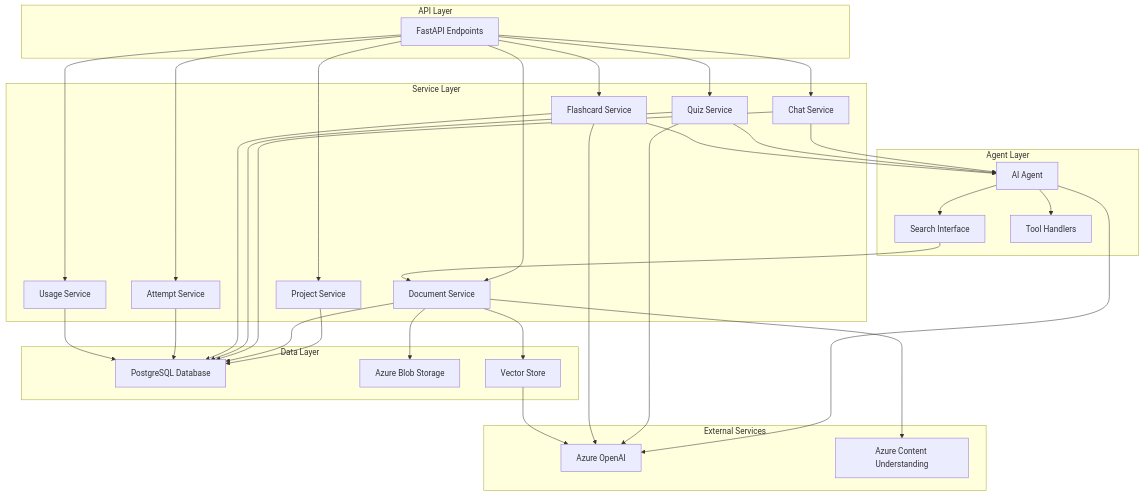
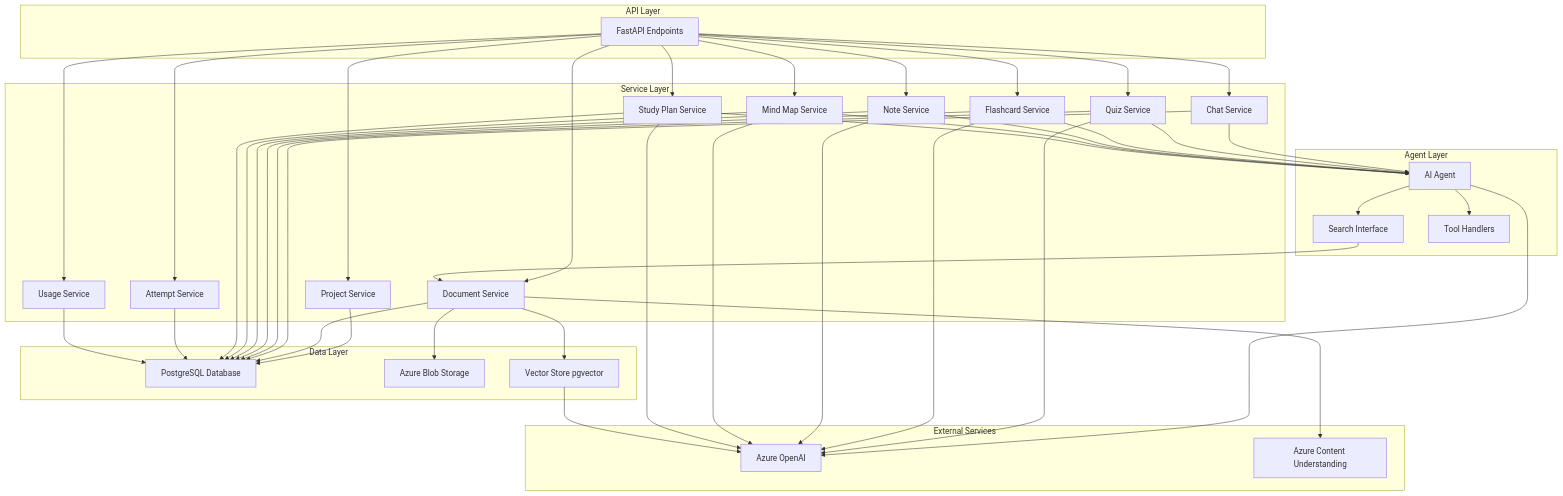
The third of 3 diagrams in docs/FEATURES.md (StudentTraineeCenter/edu-agent), drawn with Mermaid before and after one commit. The commit also changed other lines of this file and 3 other files, not shown here.

````diff
--- a/docs/FEATURES.md
+++ b/docs/FEATURES.md
@@ -450,66 +628,81 @@
 ```mermaid
 graph TB
     subgraph "API Layer"
         A[FastAPI Endpoints]
     end
 
     subgraph "Service Layer"
         B[Project Service]
         C[Document Service]
         D[Chat Service]
         E[Quiz Service]
         F[Flashcard Service]
-        G[Attempt Service]
-        H[Usage Service]
+        G[Note Service]
+        H[Mind Map Service]
+        I[Study Plan Service]
+        J[Attempt Service]
+        K[Usage Service]
     end
 
     subgraph "Agent Layer"
-        I[AI Agent]
-        J[Search Interface]
-        K[Tool Handlers]
+        L[AI Agent]
+        M[Search Interface]
+        N[Tool Handlers]
     end
 
     subgraph "Data Layer"
-        L[PostgreSQL Database]
-        M[Azure Blob Storage]
-        N[Vector Store]
+        O[PostgreSQL Database]
+        P[Azure Blob Storage]
+        Q[Vector Store pgvector]
     end
 
     subgraph "External Services"
-        O[Azure OpenAI]
-        P[Azure Content Understanding]
+        R[Azure OpenAI]
+        S[Azure Content Understanding]
     end
 
     A --> B
     A --> C
     A --> D
     A --> E
     A --> F
     A --> G
     A --> H
+    A --> I
+    A --> J
+    A --> K
 
-    D --> I
-    E --> I
-    F --> I
-
-    I --> J
-    I --> K
-
-    J --> C
-    C --> N
-
-    B --> L
-    C --> L
-    C --> M
     D --> L
     E --> L
     F --> L
     G --> L
     H --> L
+    I --> L
 
+    L --> M
+    L --> N
+
+    M --> C
+    C --> Q
+
+    B --> O
+    C --> O
     C --> P
-    I --> O
+    D --> O
     E --> O
     F --> O
-    N --> O
+    G --> O
+    H --> O
+    I --> O
+    J --> O
+    K --> O
+
+    C --> S
+    L --> R
+    E --> R
+    F --> R
+    G --> R
+    H --> R
+    I --> R
+    Q --> R
 ```
````
